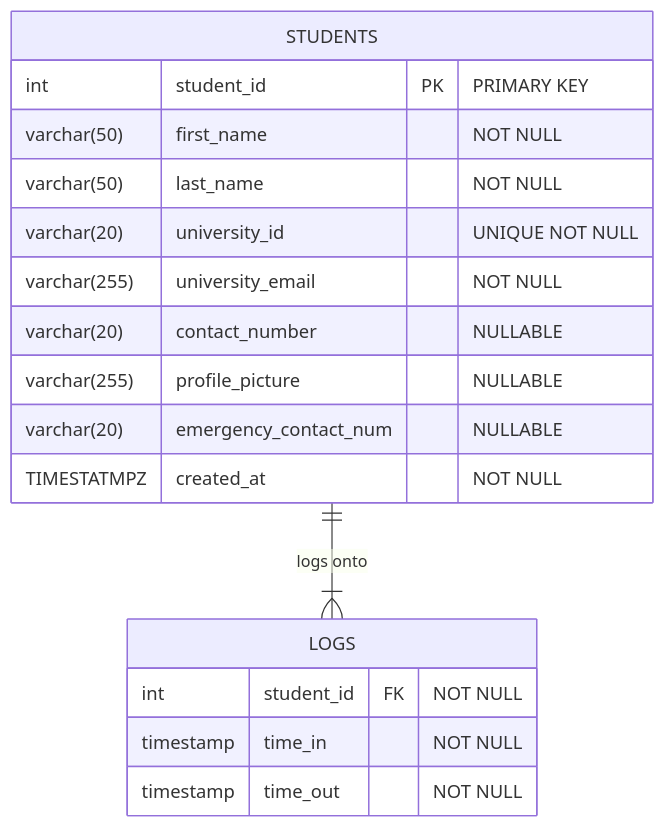
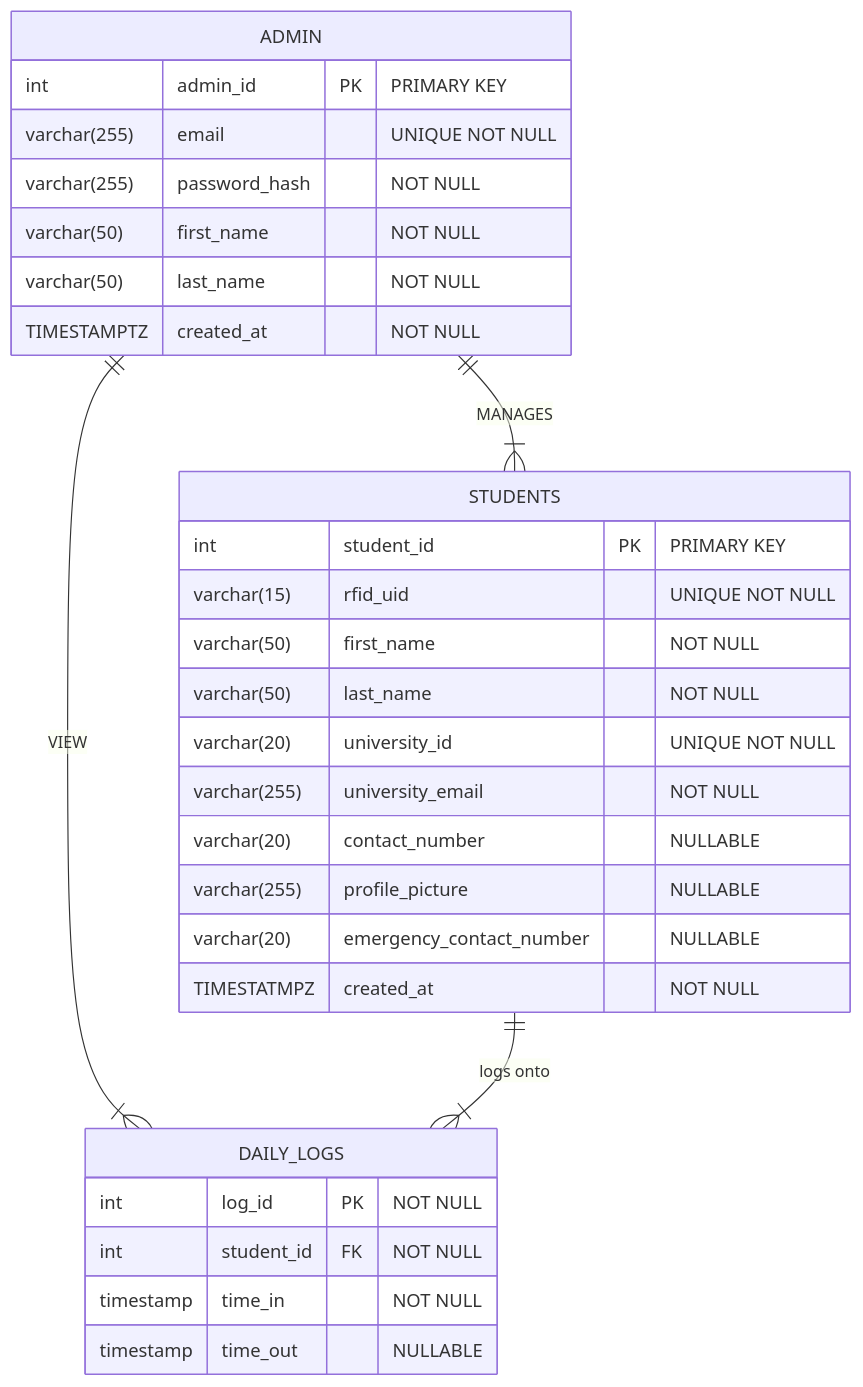
One commit to ThomasDelamort/NU-SIS changed the diagram in ERD.mmd. Above: the diagram before and after it, drawn with Mermaid. The commit also changed 15 other files, not shown here.

```diff
--- a/ERD.mmd
+++ b/ERD.mmd
@@ -1,20 +1,33 @@
 erDiagram
     STUDENTS {
         int student_id PK "PRIMARY KEY"
+        varchar(15) rfid_uid "UNIQUE NOT NULL"
         varchar(50) first_name "NOT NULL"
         varchar(50) last_name "NOT NULL"
         varchar(20) university_id "UNIQUE NOT NULL"
         varchar(255) university_email "NOT NULL"
         varchar(20) contact_number "NULLABLE"
         varchar(255) profile_picture "NULLABLE"
-        varchar(20) emergency_contact_num "NULLABLE"
+        varchar(20) emergency_contact_number "NULLABLE"
         TIMESTATMPZ created_at "NOT NULL"  
     }
 
-    LOGS {
+    ADMIN {
+        int admin_id PK "PRIMARY KEY"
+        varchar(255) email "UNIQUE NOT NULL"
+        varchar(255) password_hash "NOT NULL"
+        varchar(50) first_name "NOT NULL"
+        varchar(50) last_name "NOT NULL"
+        TIMESTAMPTZ created_at "NOT NULL"
+    }
+
+    DAILY_LOGS {
+        int log_id PK "NOT NULL"
         int student_id FK "NOT NULL"
         timestamp time_in "NOT NULL"
-        timestamp time_out "NOT NULL"
+        timestamp time_out "NULLABLE"
     }
 
-    STUDENTS||--|{LOGS:"logs onto"
+    ADMIN||--|{STUDENTS:"MANAGES"
+    ADMIN||--|{DAILY_LOGS:"VIEW"
+    STUDENTS||--|{DAILY_LOGS:"logs onto"
```
